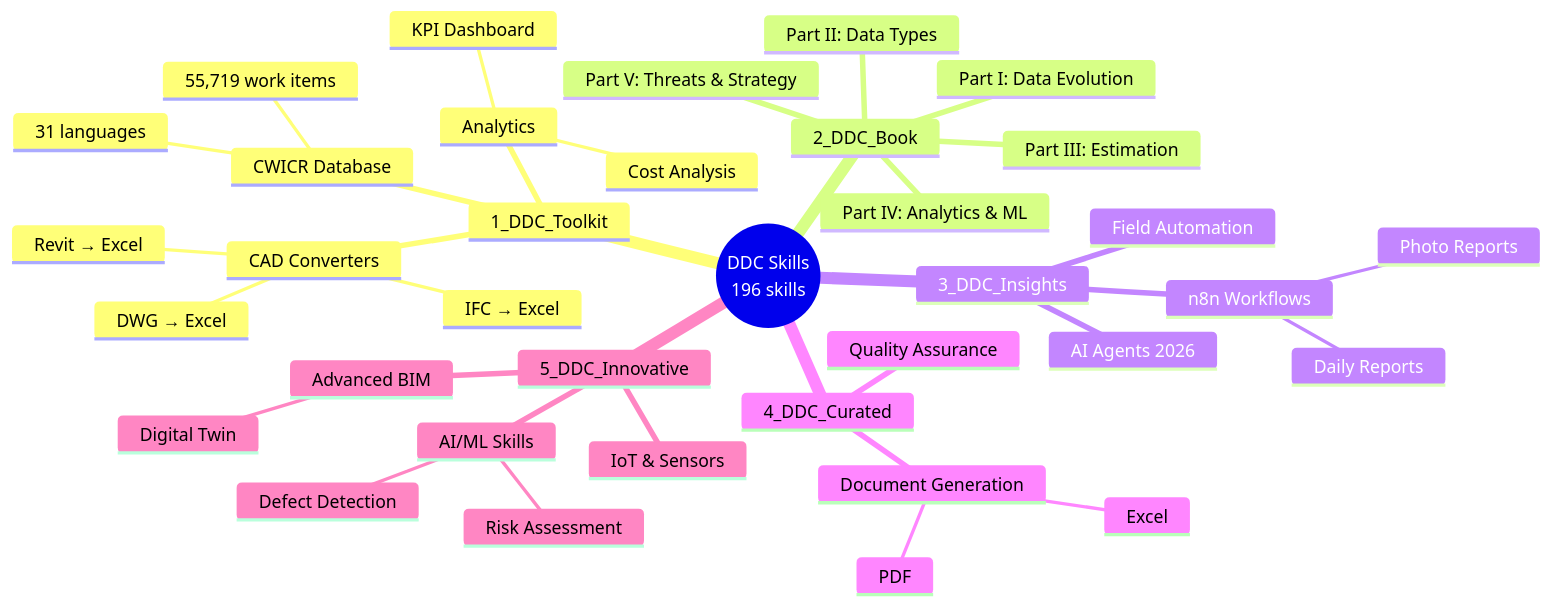
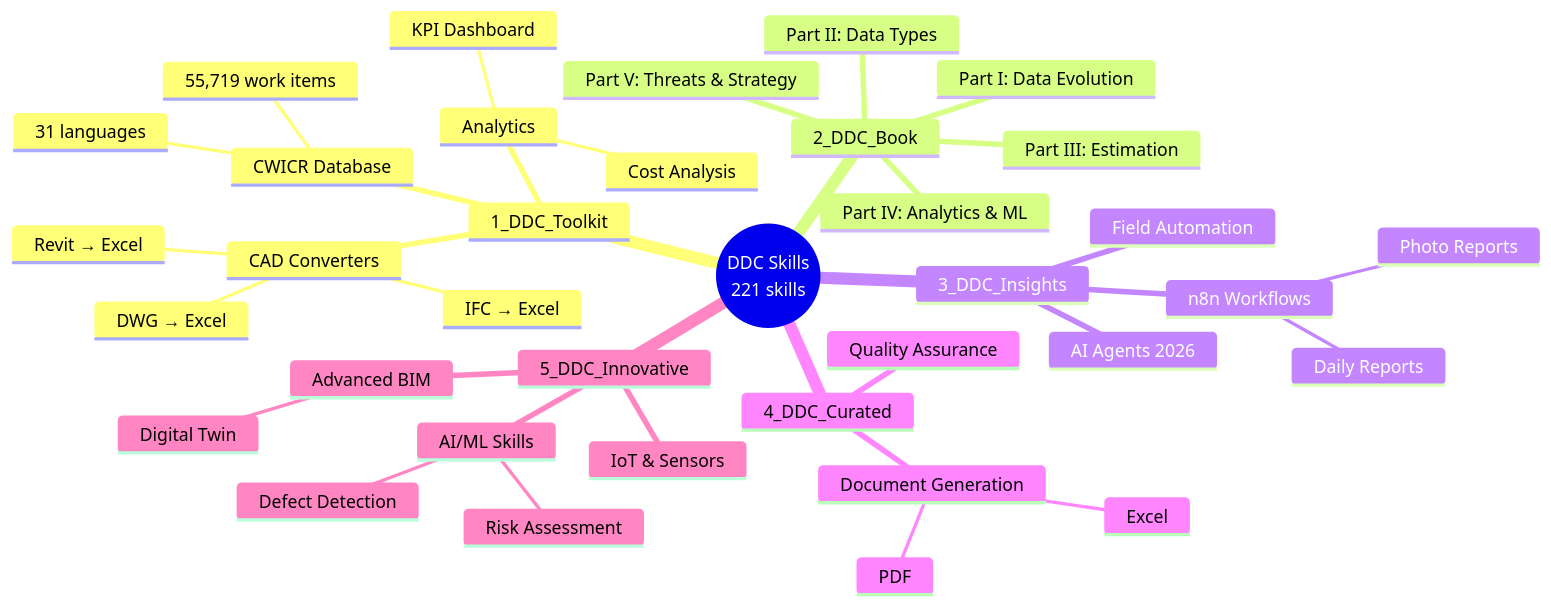
The first of 6 diagrams in README.md (dave1362/DDC_Skills_for_AI_Agents_in_Construction), drawn with Mermaid before and after one commit. The commit also changed other lines of this file, not shown here.

````diff
--- a/README.md
+++ b/README.md
@@ -32,39 +32,39 @@
 ```mermaid
 mindmap
-  root((DDC Skills<br/>196 skills))
+  root((DDC Skills<br/>221 skills))
     1_DDC_Toolkit
       CWICR Database
         55,719 work items
         31 languages
       CAD Converters
         Revit → Excel
         IFC → Excel
         DWG → Excel
       Analytics
         KPI Dashboard
         Cost Analysis
     2_DDC_Book
       Part I: Data Evolution
       Part II: Data Types
       Part III: Estimation
       Part IV: Analytics & ML
       Part V: Threats & Strategy
     3_DDC_Insights
       n8n Workflows
         Daily Reports
         Photo Reports
       AI Agents 2026
       Field Automation
     4_DDC_Curated
       Document Generation
         PDF
         Excel
       Quality Assurance
     5_DDC_Innovative
       AI/ML Skills
         Defect Detection
         Risk Assessment
       IoT & Sensors
       Advanced BIM
         Digital Twin
 ```
````
